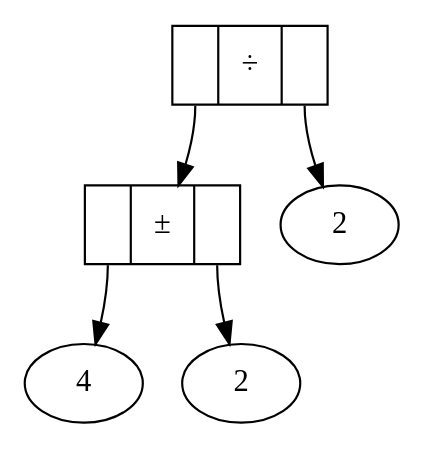
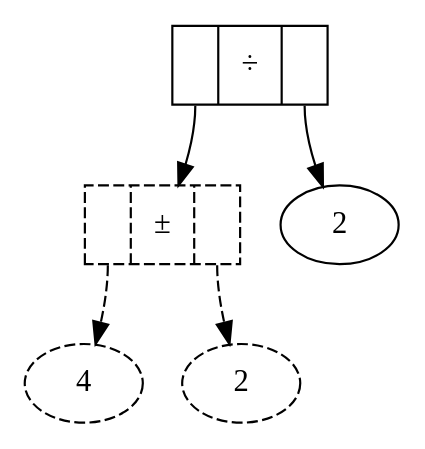
One commit to CousinoMath/blog changed the diagram in Arith_on_Trees/quadratic/instQuadForm4.gv. Above: the diagram before and after it, drawn with Graphviz. The commit also changed 42 other files, not shown here.

```diff
--- a/Arith_on_Trees/quadratic/instQuadForm4.gv
+++ b/Arith_on_Trees/quadratic/instQuadForm4.gv
@@ -1,10 +1,11 @@
 strict digraph instQuadForm2 {
-pm [shape=record,label="<0>|&plusmn;|<1>"];
+pm [shape=record,label="<0>|&plusmn;|<1>", style=dashed];
 div [shape=record,label="<0>|&divide;|<1>"];
-two1,two2 [label="2"];
-four [label="4"];
+two1 [label="2"];
+two2 [label="2", style=dashed];
+four [label="4", style=dashed];
 div:0 -> pm;
 div:1 -> two1;
-pm:0 -> four;
-pm:1 -> two2;
+pm:0 -> four [style=dashed];
+pm:1 -> two2 [style=dashed];
 }
```
